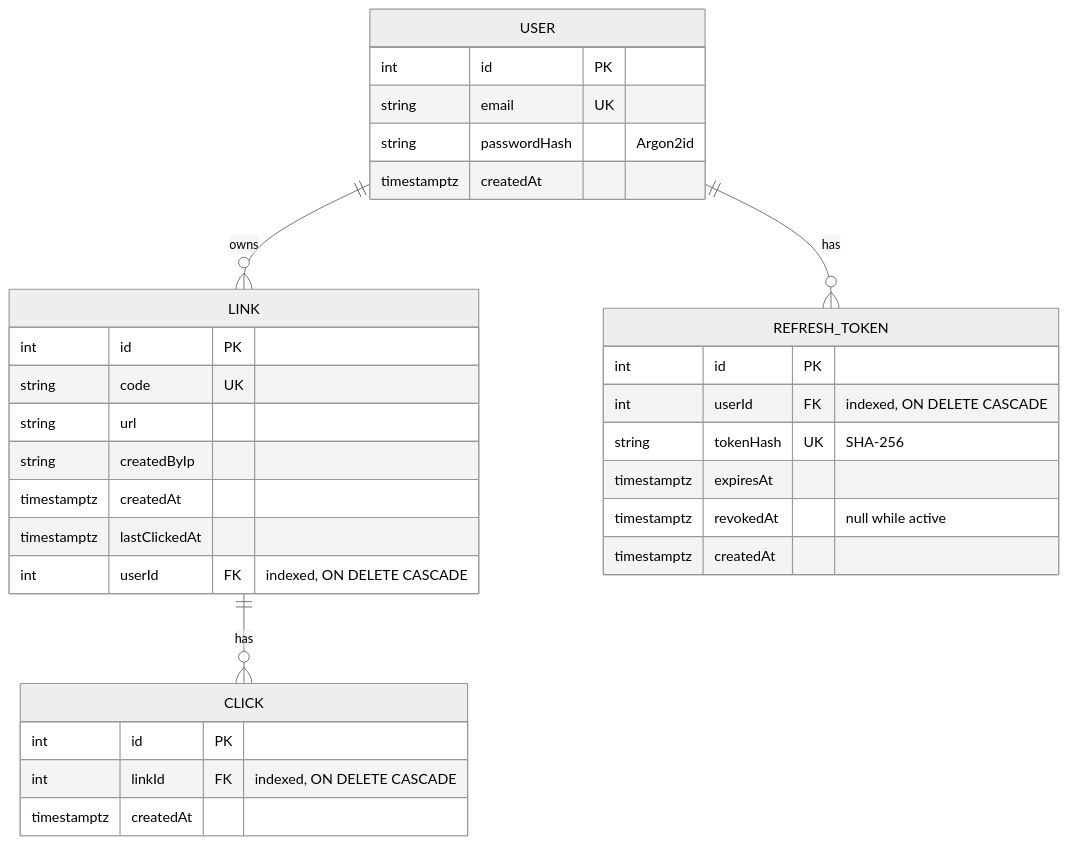
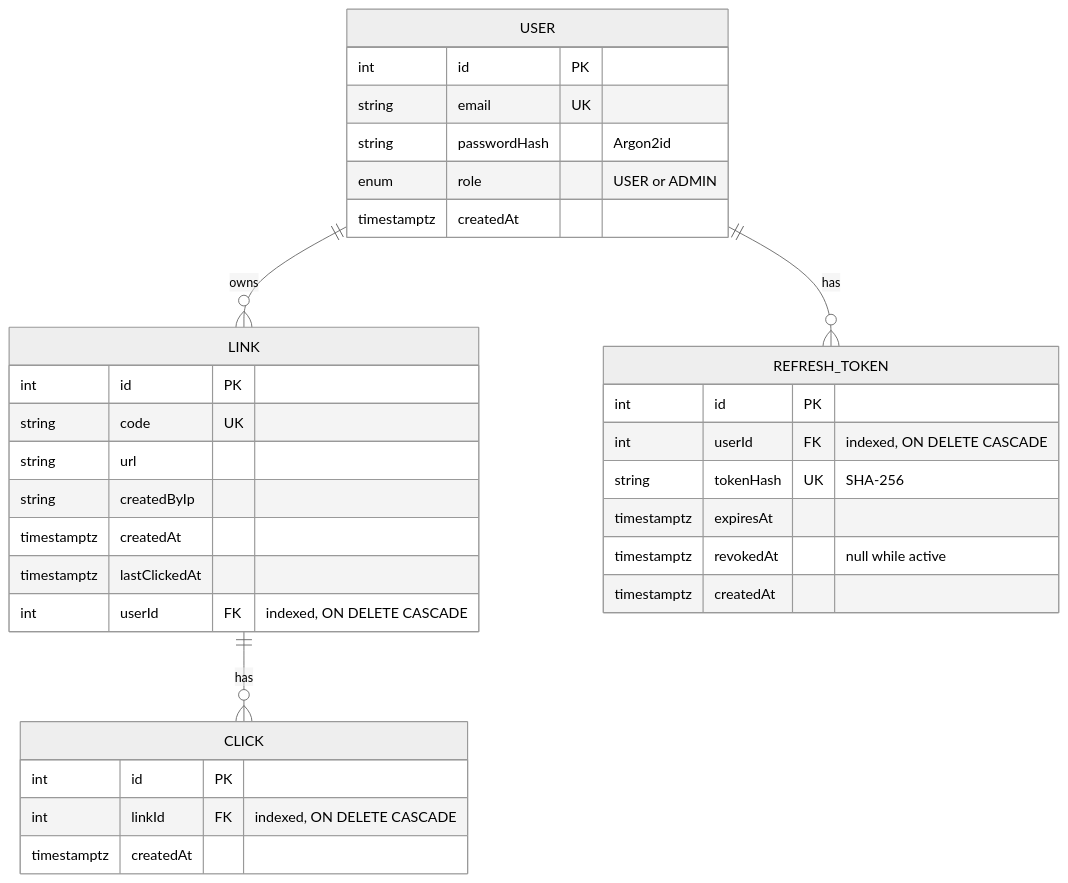
One commit to huseyincansoylu/shortlink-api changed the second of 2 diagrams in README.md. Above: the diagram before and after it, drawn with Mermaid (neutral theme). The commit also changed other lines of this file and 9 other files, not shown here.

````diff
--- a/README.md
+++ b/README.md
@@ -40,34 +40,35 @@
 ```mermaid
 erDiagram
     LINK ||--o{ CLICK : has
     USER ||--o{ REFRESH_TOKEN : has
     USER ||--o{ LINK : owns
     LINK {
         int id PK
         string code UK
         string url
         string createdByIp
         timestamptz createdAt
         timestamptz lastClickedAt
         int userId FK "indexed, ON DELETE CASCADE"
     }
     CLICK {
         int id PK
         int linkId FK "indexed, ON DELETE CASCADE"
         timestamptz createdAt
     }
     USER {
         int id PK
         string email UK
         string passwordHash "Argon2id"
+        enum role "USER or ADMIN"
         timestamptz createdAt
     }
     REFRESH_TOKEN {
         int id PK
         int userId FK "indexed, ON DELETE CASCADE"
         string tokenHash UK "SHA-256"
         timestamptz expiresAt
         timestamptz revokedAt "null while active"
         timestamptz createdAt
     }
 ```
````
